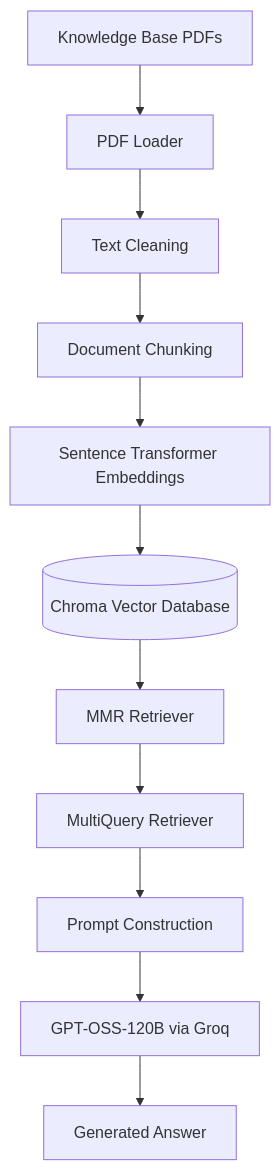
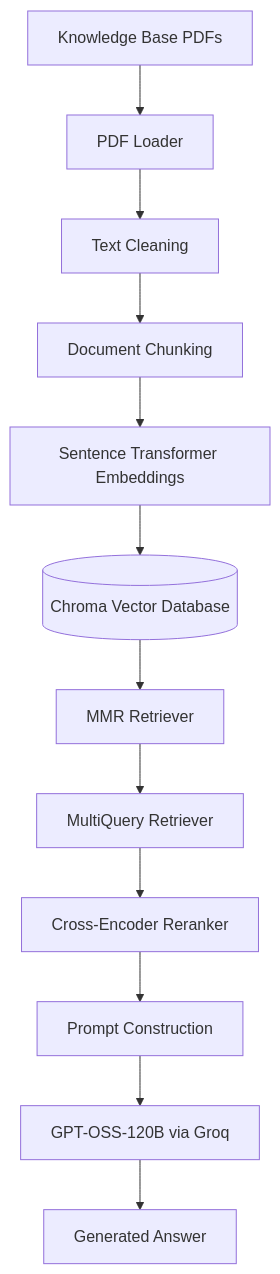
Before and after one commit to Tanishk-2004/University-RAG: the diagram in README.md, drawn with Mermaid. The commit also changed other lines of this file, not shown here.

````diff
--- a/README.md
+++ b/README.md
@@ -48,23 +67,25 @@
 ```mermaid
 flowchart TD
 
 A[Knowledge Base PDFs] --> B[PDF Loader]
 
 B --> C[Text Cleaning]
 
 C --> D[Document Chunking]
 
 D --> E[Sentence Transformer Embeddings]
 
 E --> F[(Chroma Vector Database)]
 
 F --> G[MMR Retriever]
 
 G --> H[MultiQuery Retriever]
 
-H --> I[Prompt Construction]
+H --> I[Cross-Encoder Reranker]
 
-I --> J[GPT-OSS-120B via Groq]
+I --> J[Prompt Construction]
 
-J --> K[Generated Answer]
+J --> K[GPT-OSS-120B via Groq]
+
+K --> L[Generated Answer]
 ```
````
